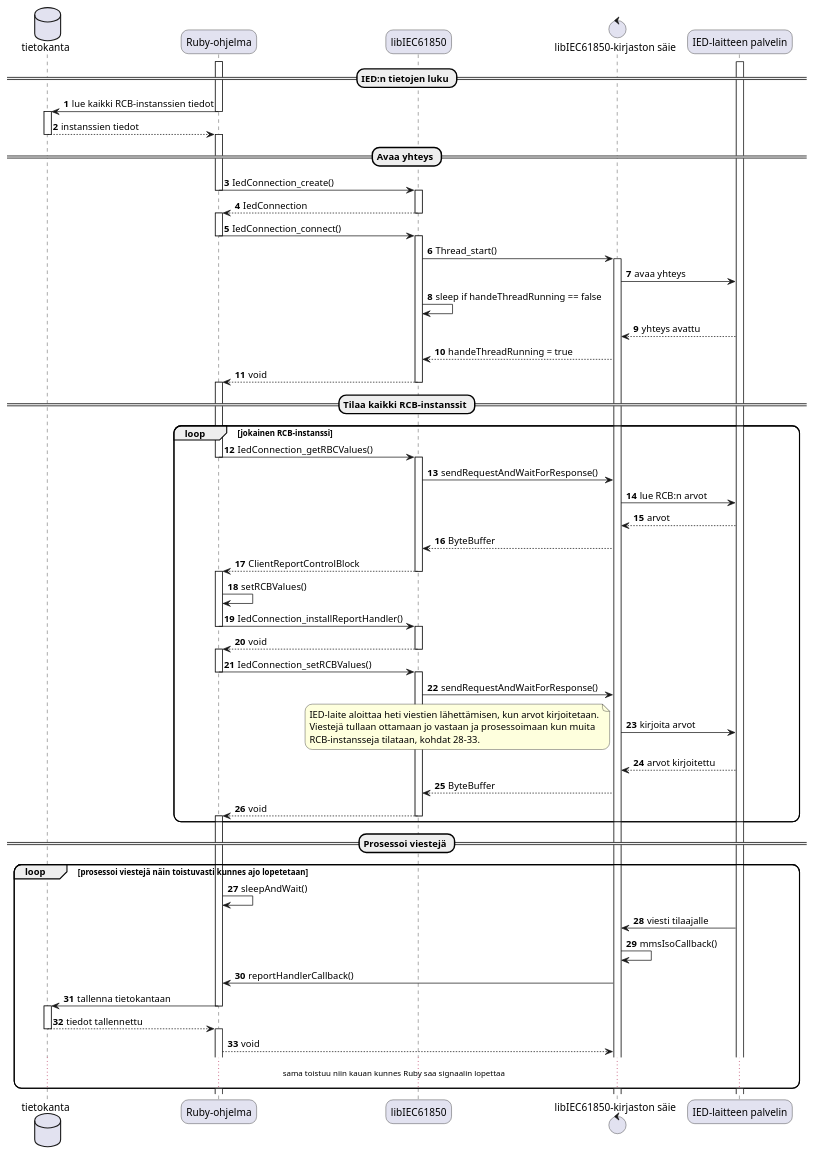
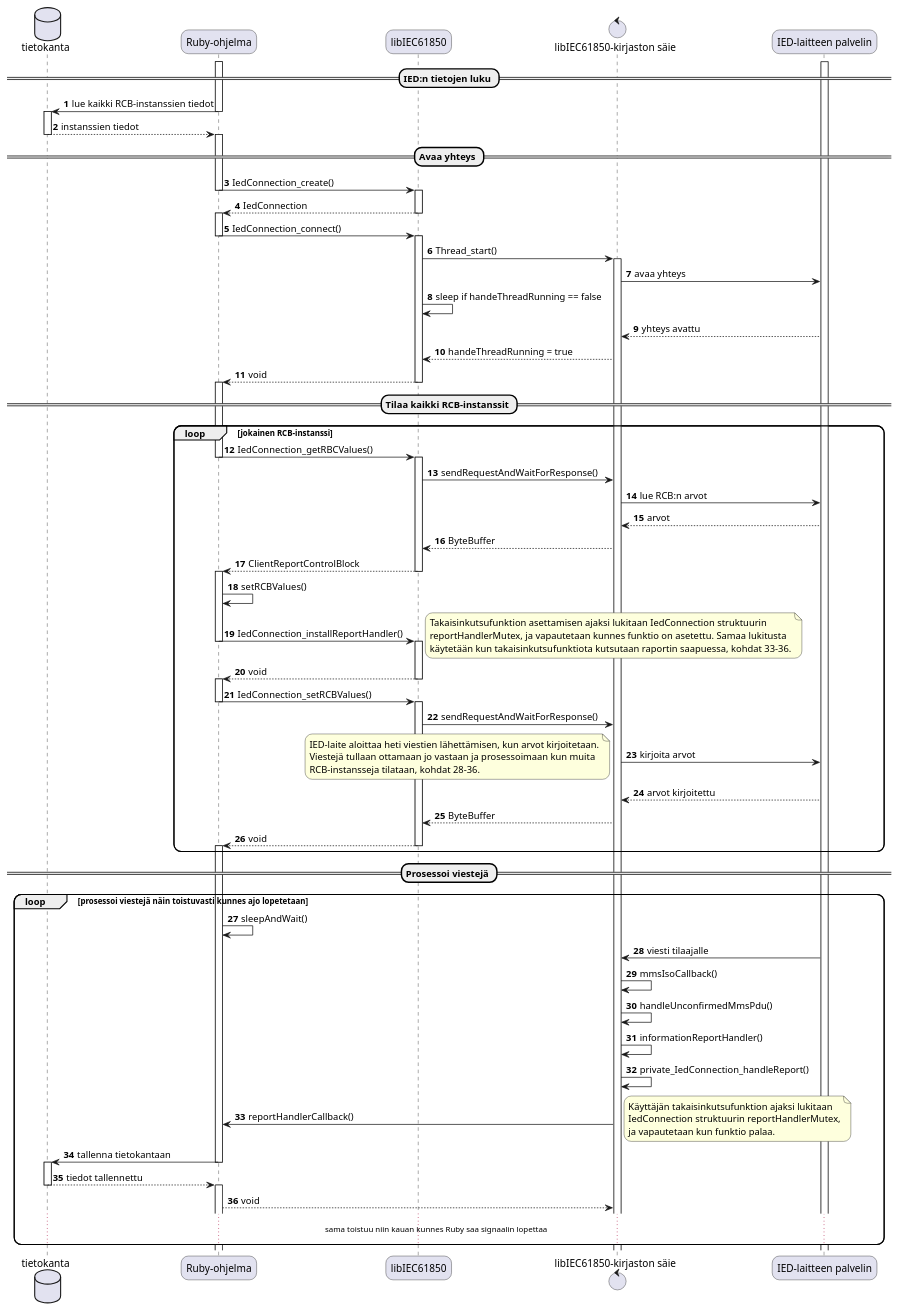
One commit to Kazhuu/tut_master_thesis changed the diagram in uml/sequence-diagram-report-subscription.puml. Above: the diagram before and after it, drawn with PlantUML. The commit also changed 3 other files, not shown here.

Commit message:
libiec61850 mutex locking to uml picture and text around it

```diff
--- a/uml/sequence-diagram-report-subscription.puml
+++ b/uml/sequence-diagram-report-subscription.puml
@@ -1,97 +1,110 @@
 @startuml
 autonumber
 
 skinparam roundcorner 20
 
 database tietokanta as db
 participant "Ruby-ohjelma" as ruby
 participant "libIEC61850" as libiec
 control "libIEC61850-kirjaston säie" as thread
 participant "IED-laitteen palvelin" as ied
 
 == IED:n tietojen luku ==
 
 activate ied
 activate ruby
 ruby -> db : lue kaikki RCB-instanssien tiedot
 deactivate ruby
 activate db
 db --> ruby : instanssien tiedot
 deactivate db
 activate ruby
 
 == Avaa yhteys ==
 
 ruby -> libiec : IedConnection_create()
 deactivate ruby
 activate libiec
 libiec --> ruby : IedConnection
 deactivate libiec
 activate ruby
 ruby -> libiec : IedConnection_connect()
 deactivate ruby
 activate libiec
 libiec -> thread : Thread_start()
 activate thread
 thread -> ied : avaa yhteys
 libiec -> libiec : sleep if handeThreadRunning == false
 ied --> thread : yhteys avattu
 thread --> libiec : handeThreadRunning = true
 libiec --> ruby : void
 deactivate libiec
 activate ruby
 
 == Tilaa kaikki RCB-instanssit ==
 
 loop jokainen RCB-instanssi
 	ruby -> libiec : IedConnection_getRBCValues()
 	deactivate ruby
 	activate libiec
 	libiec -> thread : sendRequestAndWaitForResponse()
 	thread -> ied : lue RCB:n arvot
 	ied --> thread : arvot
 	thread --> libiec : ByteBuffer
 	libiec --> ruby : ClientReportControlBlock
 	deactivate libiec
 	activate ruby
 	ruby -> ruby : setRCBValues()
 	ruby -> libiec : IedConnection_installReportHandler()
 	deactivate ruby
 	activate libiec
+	note right
+		Takaisinkutsufunktion asettamisen ajaksi lukitaan IedConnection struktuurin
+		reportHandlerMutex, ja vapautetaan kunnes funktio on asetettu. Samaa lukitusta
+		käytetään kun takaisinkutsufunktiota kutsutaan raportin saapuessa, kohdat 33-36.
+	end note
 	libiec --> ruby : void
 	deactivate libiec
 	activate ruby
 	ruby -> libiec : IedConnection_setRCBValues()
 	deactivate ruby
 	activate libiec
 	libiec -> thread : sendRequestAndWaitForResponse()
 	thread -> ied : kirjoita arvot
 	note left
 		IED-laite aloittaa heti viestien lähettämisen, kun arvot kirjoitetaan.
 		Viestejä tullaan ottamaan jo vastaan ja prosessoimaan kun muita
-		RCB-instansseja tilataan, kohdat 28-33.
+		RCB-instansseja tilataan, kohdat 28-36.
 	end note
 	ied --> thread : arvot kirjoitettu
 	thread --> libiec : ByteBuffer
 	libiec --> ruby : void
 	deactivate libiec
 	activate ruby
 end
 
 == Prosessoi viestejä ==
 
 loop prosessoi viestejä näin toistuvasti kunnes ajo lopetetaan
 	ruby -> ruby : sleepAndWait()
 	ied -> thread : viesti tilaajalle
 	thread -> thread : mmsIsoCallback()
+	thread -> thread : handleUnconfirmedMmsPdu()
+	thread -> thread : informationReportHandler()
+	thread -> thread : private_IedConnection_handleReport()
 	thread -> ruby : reportHandlerCallback()
+	note right
+		Käyttäjän takaisinkutsufunktion ajaksi lukitaan
+		IedConnection struktuurin reportHandlerMutex,
+		ja vapautetaan kun funktio palaa.
+	end note
 	ruby -> db : tallenna tietokantaan
 	deactivate ruby
 	activate db
 	db --> ruby : tiedot tallennettu
 	deactivate db
 	activate ruby
 	ruby --> thread : void
 	...sama toistuu niin kauan kunnes Ruby saa signaalin lopettaa...
 end
 @enduml
```
